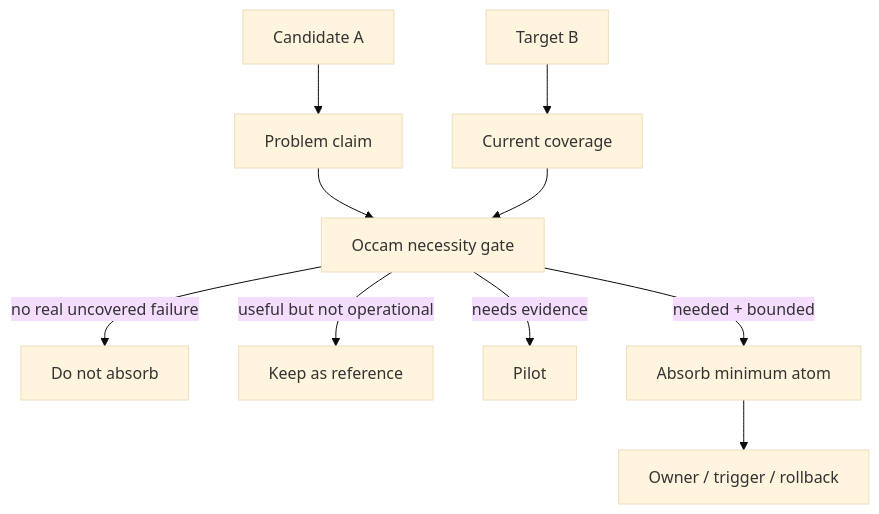
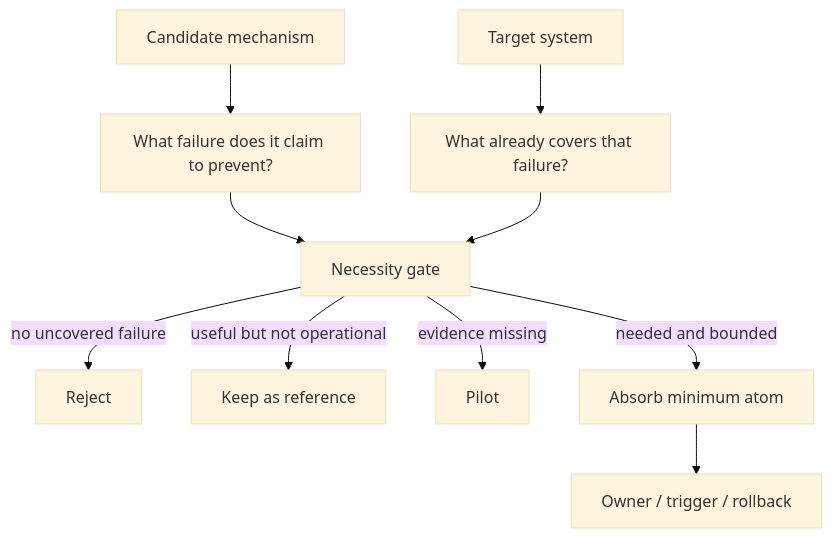
One commit to bagbag16/candidate-fit-review changed the diagram in README.md. Above: the diagram before and after it, drawn with Mermaid (base theme). The commit also changed other lines of this file, not shown here.

````diff
--- a/README.md
+++ b/README.md
@@ -19,12 +12,12 @@
 ```mermaid
 flowchart TD
-  A["Candidate A"] --> P["Problem claim"]
-  B["Target B"] --> C["Current coverage"]
-  P --> G["Occam necessity gate"]
+  A["Candidate mechanism"] --> P["What failure does it claim to prevent?"]
+  B["Target system"] --> C["What already covers that failure?"]
+  P --> G["Necessity gate"]
   C --> G
-  G -->|"no real uncovered failure"| R["Do not absorb"]
+  G -->|"no uncovered failure"| R["Reject"]
   G -->|"useful but not operational"| K["Keep as reference"]
-  G -->|"needs evidence"| P2["Pilot"]
-  G -->|"needed + bounded"| I["Absorb minimum atom"]
+  G -->|"evidence missing"| T["Pilot"]
+  G -->|"needed and bounded"| I["Absorb minimum atom"]
   I --> O["Owner / trigger / rollback"]
 ```
````
